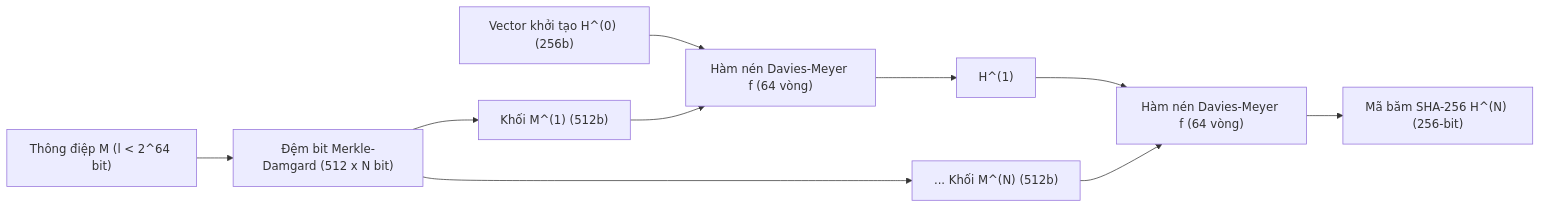
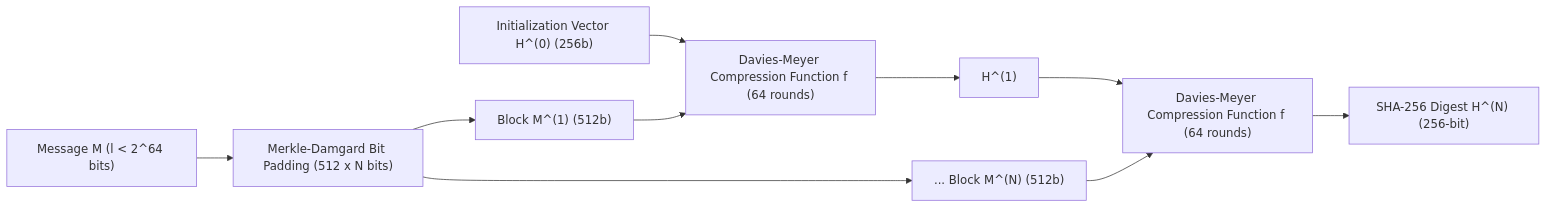
The first of 2 diagrams in docs/bao_cao_sha256.md (thuann2212/IS-TEXT-), drawn with Mermaid before and after one commit. The commit also changed other lines of this file and 5 other files, not shown here.

````diff
--- a/docs/bao_cao_sha256.md
+++ b/docs/bao_cao_sha256.md
@@ -29,12 +29,12 @@
 ```mermaid
 flowchart LR
-    M["Thông điệp M (l < 2^64 bit)"] --> PAD["Đệm bit Merkle-Damgard (512 x N bit)"]
-    PAD --> B1["Khối M^(1) (512b)"]
-    PAD --> BN["... Khối M^(N) (512b)"]
-    H0["Vector khởi tạo H^(0) (256b)"] --> F1["Hàm nén Davies-Meyer f (64 vòng)"]
+    M["Message M (l < 2^64 bits)"] --> PAD["Merkle-Damgard Bit Padding (512 x N bits)"]
+    PAD --> B1["Block M^(1) (512b)"]
+    PAD --> BN["... Block M^(N) (512b)"]
+    H0["Initialization Vector H^(0) (256b)"] --> F1["Davies-Meyer Compression Function f (64 rounds)"]
     B1 --> F1
     F1 --> H1["H^(1)"]
-    H1 --> FN["Hàm nén Davies-Meyer f (64 vòng)"]
+    H1 --> FN["Davies-Meyer Compression Function f (64 rounds)"]
     BN --> FN
-    FN --> OUT["Mã băm SHA-256 H^(N) (256-bit)"]
+    FN --> OUT["SHA-256 Digest H^(N) (256-bit)"]
 ```
````
